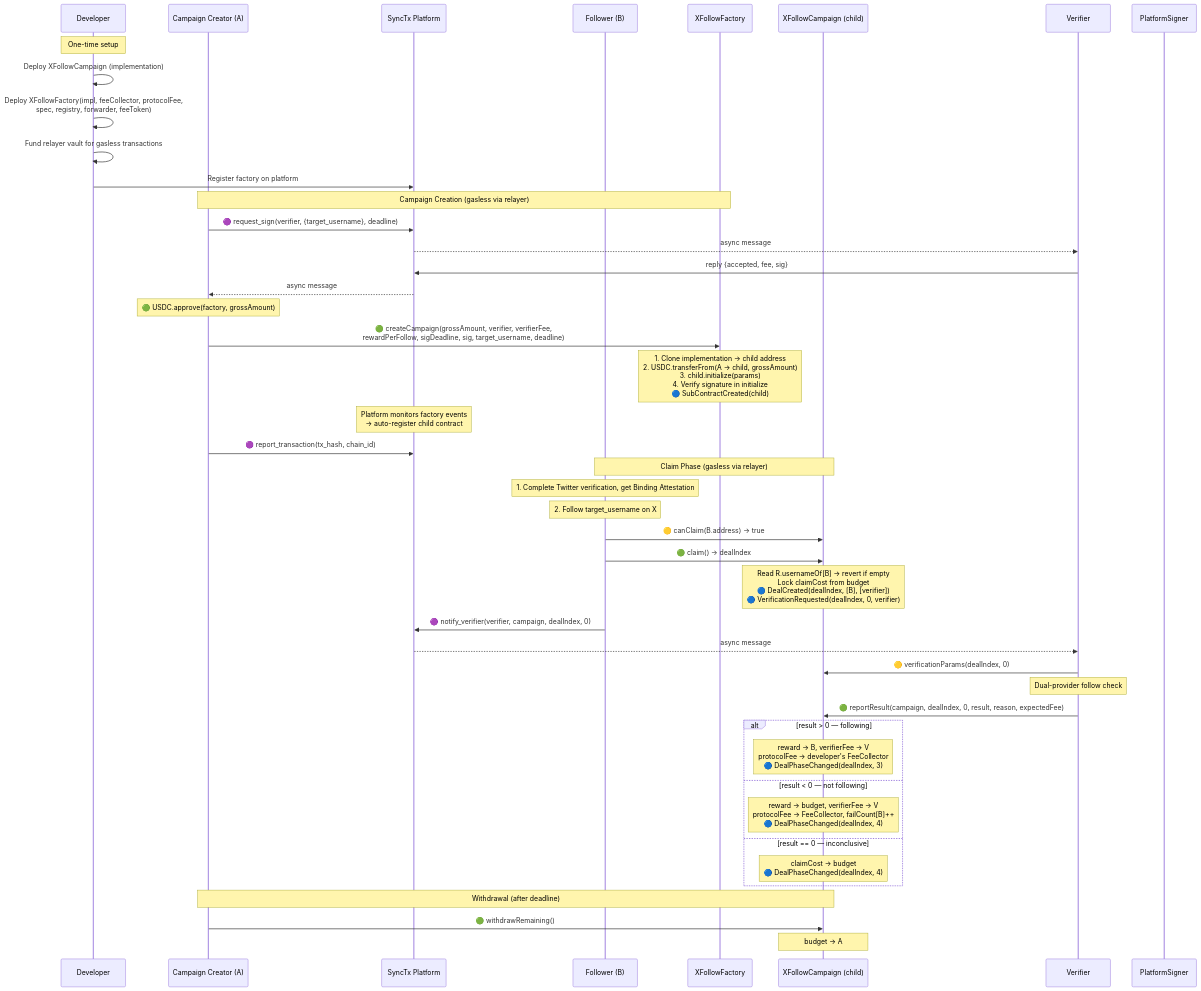
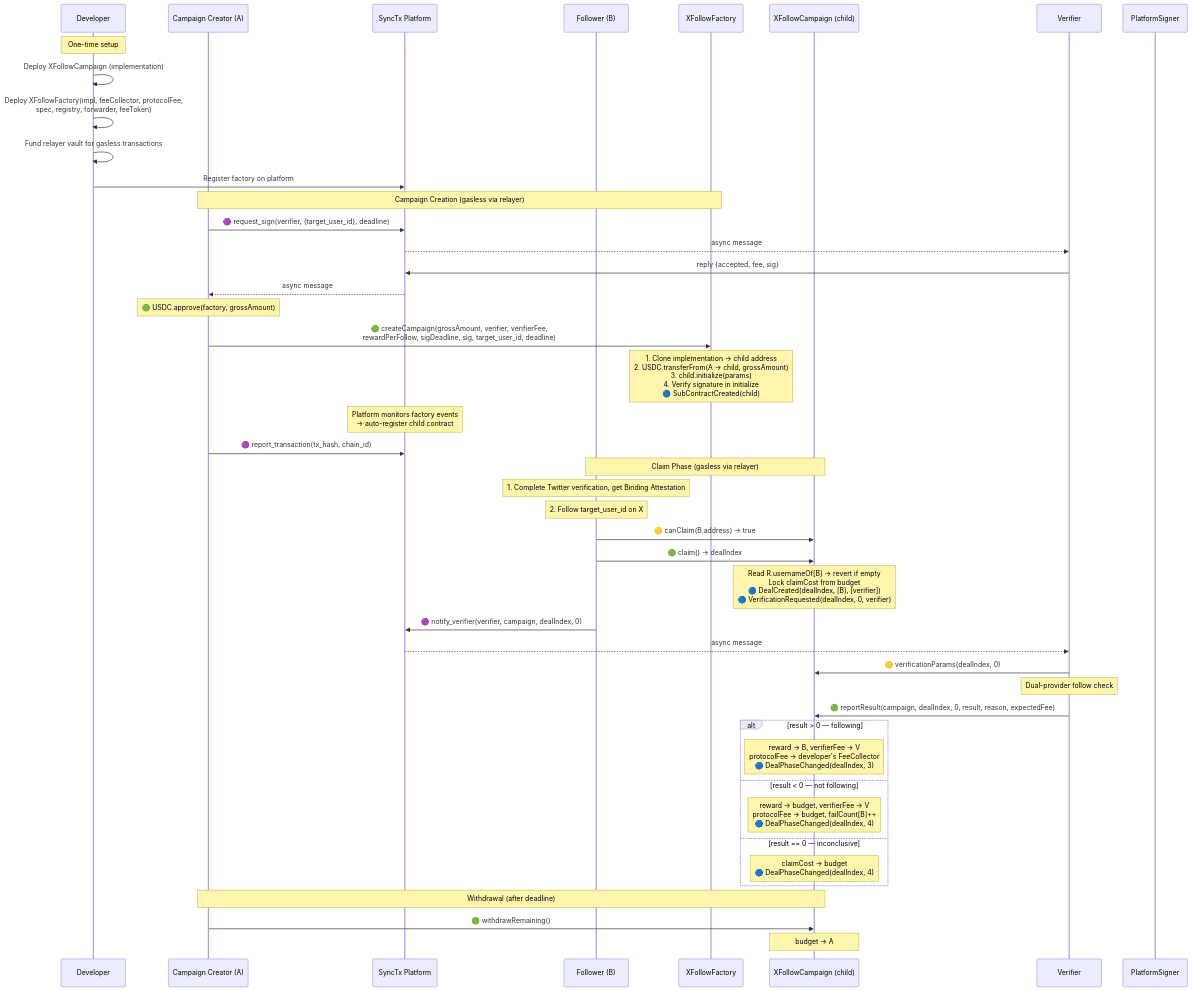
Before and after one commit to synctxai/synctx: the first of 2 diagrams in examples/x-follow/x-follow-design.md, drawn with Mermaid. The commit also changed other lines of this file and 5 other files, not shown here.

First line of the commit message:
feat: split XFollowDealContract into Factory + Campaign (EIP-1167 clone)

````diff
--- a/examples/x-follow/x-follow-design.md
+++ b/examples/x-follow/x-follow-design.md
@@ -218,58 +220,58 @@
 ```mermaid
 sequenceDiagram
     participant Dev as Developer
     participant A as Campaign Creator (A)
     participant P as SyncTx Platform
     participant B as Follower (B)
     participant Fac as XFollowFactory
     participant C as XFollowCampaign (child)
     participant V as Verifier
     participant PS as PlatformSigner
 
     Note over Dev: One-time setup
     Dev->>Dev: Deploy XFollowCampaign (implementation)
     Dev->>Dev: Deploy XFollowFactory(impl, feeCollector, protocolFee,<br/>spec, registry, forwarder, feeToken)
     Dev->>Dev: Fund relayer vault for gasless transactions
     Dev->>P: Register factory on platform
 
     Note over A,Fac: Campaign Creation (gasless via relayer)
 
-    A->>P: 🟣 request_sign(verifier, {target_username}, deadline)
+    A->>P: 🟣 request_sign(verifier, {target_user_id}, deadline)
     P-->>V: async message
     V->>P: reply {accepted, fee, sig}
     P-->>A: async message
 
     Note over A: 🟢 USDC.approve(factory, grossAmount)
-    A->>Fac: 🟢 createCampaign(grossAmount, verifier, verifierFee,<br/>rewardPerFollow, sigDeadline, sig, target_username, deadline)
+    A->>Fac: 🟢 createCampaign(grossAmount, verifier, verifierFee,<br/>rewardPerFollow, sigDeadline, sig, target_user_id, deadline)
     Note over Fac: 1. Clone implementation → child address<br/>2. USDC.transferFrom(A → child, grossAmount)<br/>3. child.initialize(params)<br/>4. Verify signature in initialize<br/>🔵 SubContractCreated(child)
     Note over P: Platform monitors factory events<br/>→ auto-register child contract
     A->>P: 🟣 report_transaction(tx_hash, chain_id)
 
     Note over B,C: Claim Phase (gasless via relayer)
 
     Note over B: 1. Complete Twitter verification, get Binding Attestation
-    Note over B: 2. Follow target_username on X
+    Note over B: 2. Follow target_user_id on X
     B->>C: 🟡 canClaim(B.address) → true
     B->>C: 🟢 claim() → dealIndex
     Note over C: Read R.usernameOf[B] → revert if empty<br/>Lock claimCost from budget<br/>🔵 DealCreated(dealIndex, [B], [verifier])<br/>🔵 VerificationRequested(dealIndex, 0, verifier)
     B->>P: 🟣 notify_verifier(verifier, campaign, dealIndex, 0)
     P-->>V: async message
 
     V->>C: 🟡 verificationParams(dealIndex, 0)
     Note over V: Dual-provider follow check
 
     V->>C: 🟢 reportResult(campaign, dealIndex, 0, result, reason, expectedFee)
 
     alt result > 0 — following
         Note over C: reward → B, verifierFee → V<br/>protocolFee → developer's FeeCollector<br/>🔵 DealPhaseChanged(dealIndex, 3)
     else result < 0 — not following
-        Note over C: reward → budget, verifierFee → V<br/>protocolFee → FeeCollector, failCount[B]++<br/>🔵 DealPhaseChanged(dealIndex, 4)
+        Note over C: reward → budget, verifierFee → V<br/>protocolFee → budget, failCount[B]++<br/>🔵 DealPhaseChanged(dealIndex, 4)
     else result == 0 — inconclusive
         Note over C: claimCost → budget<br/>🔵 DealPhaseChanged(dealIndex, 4)
     end
 
     Note over A,C: Withdrawal (after deadline)
 
     A->>C: 🟢 withdrawRemaining()
     Note over C: budget → A
 ```
````
